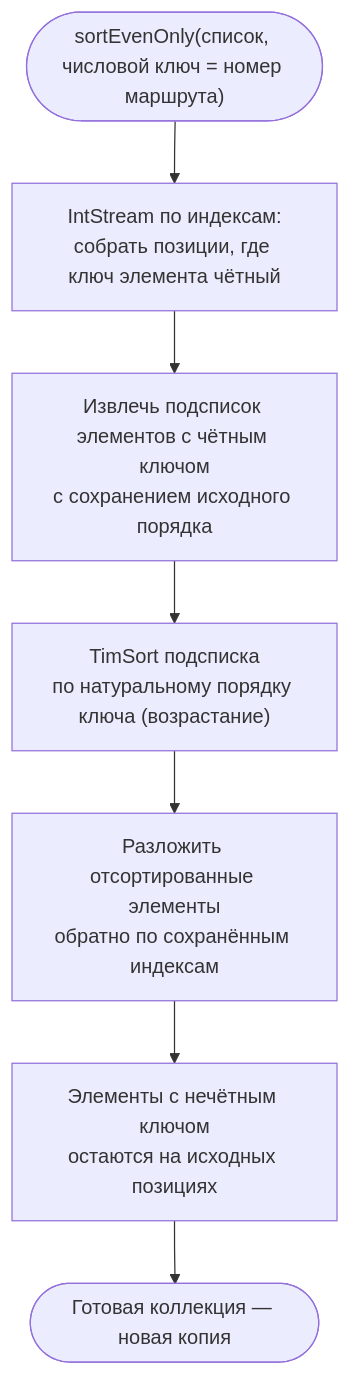
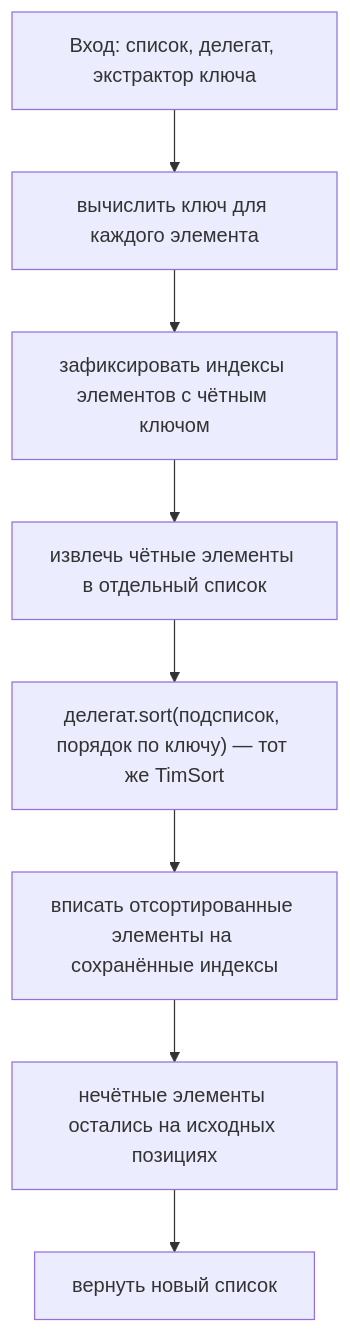
One commit to AlexanderSLoburev/JavaFinalProject changed the ninth of 9 diagrams in docs/architecture.md. Above: the diagram before and after it, drawn with Mermaid. The commit also changed other lines of this file, not shown here.

Commit message:
Rewrite architecture.md doc

````diff
--- a/docs/architecture.md
+++ b/docs/architecture.md
@@ -568,9 +498,10 @@
 ```mermaid
 flowchart TD
-    Start(["sortEvenOnly(список, числовой ключ = номер маршрута)"]) --> Idx["IntStream по индексам:<br/>собрать позиции, где ключ элемента чётный"]
-    Idx --> Extract["Извлечь подсписок элементов с чётным ключом<br/>с сохранением исходного порядка"]
-    Extract --> Sort["TimSort подсписка<br/>по натуральному порядку ключа (возрастание)"]
-    Sort --> Place["Разложить отсортированные элементы<br/>обратно по сохранённым индексам"]
-    Place --> Note["Элементы с нечётным ключом<br/>остаются на исходных позициях"]
-    Note --> Result(["Готовая коллекция — новая копия"])
+    A[Вход: список, делегат, экстрактор ключа] --> B[вычислить ключ для каждого элемента]
+    B --> C[зафиксировать индексы элементов с чётным ключом]
+    C --> D[извлечь чётные элементы в отдельный список]
+    D --> E["делегат.sort(подсписок, порядок по ключу) — тот же TimSort"]
+    E --> F[вписать отсортированные элементы на сохранённые индексы]
+    F --> G[нечётные элементы остались на исходных позициях]
+    G --> H[вернуть новый список]
 ```
````
